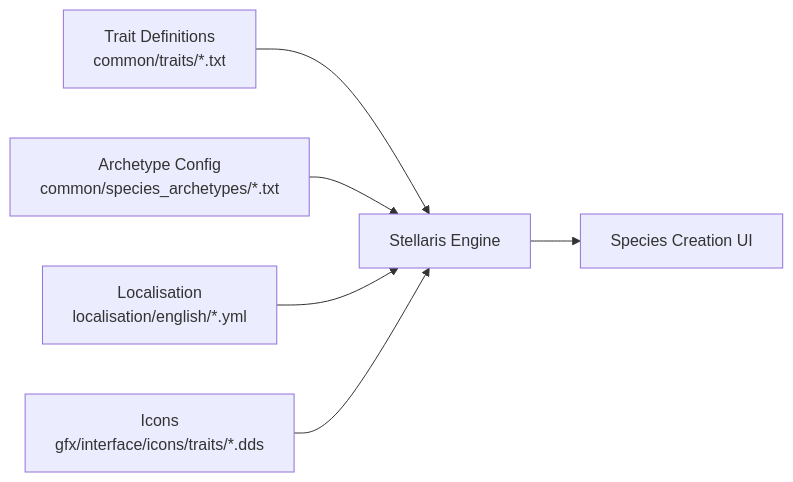
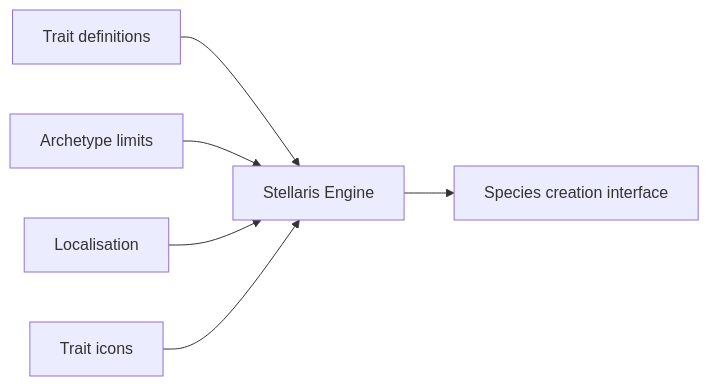
One commit to hmlendea/stellaris-ui-species-traits changed the fourth of 7 diagrams in ARCHITECTURE.md. Above: the diagram before and after it, drawn with Mermaid. The commit also changed other lines of this file and 23 other files, not shown here.

````diff
--- a/ARCHITECTURE.md
+++ b/ARCHITECTURE.md
@@ -187,8 +219,8 @@
 ```mermaid
 flowchart LR
-    TraitDefs[Trait Definitions\ncommon/traits/*.txt] --> Engine[Stellaris Engine]
-    Archetypes[Archetype Config\ncommon/species_archetypes/*.txt] --> Engine
-    Loc[Localisation\nlocalisation/english/*.yml] --> Engine
-    Icons[Icons\ngfx/interface/icons/traits/*.dds] --> Engine
-    Engine --> SpeciesUI[Species Creation UI]
+    TraitDefs[Trait definitions] --> Engine[Stellaris Engine]
+    Archetypes[Archetype limits] --> Engine
+    Loc[Localisation] --> Engine
+    Icons[Trait icons] --> Engine
+    Engine --> SpeciesUI[Species creation interface]
 ```
````
